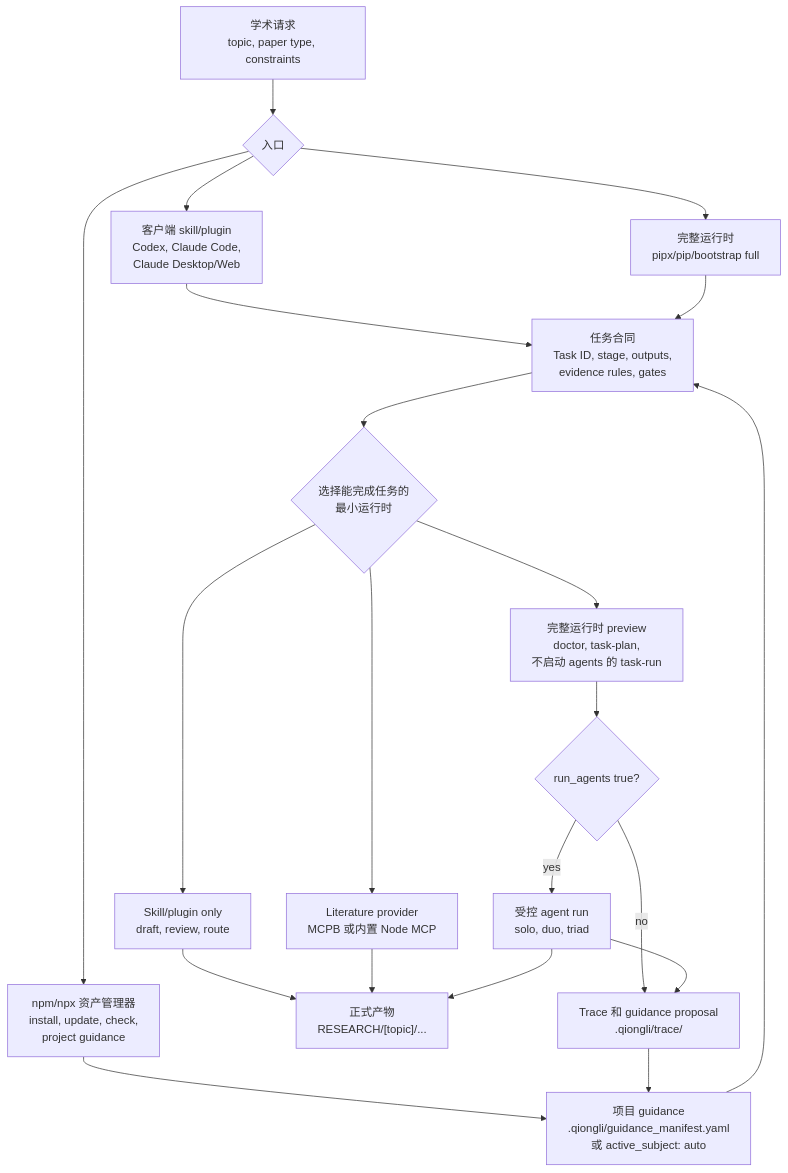
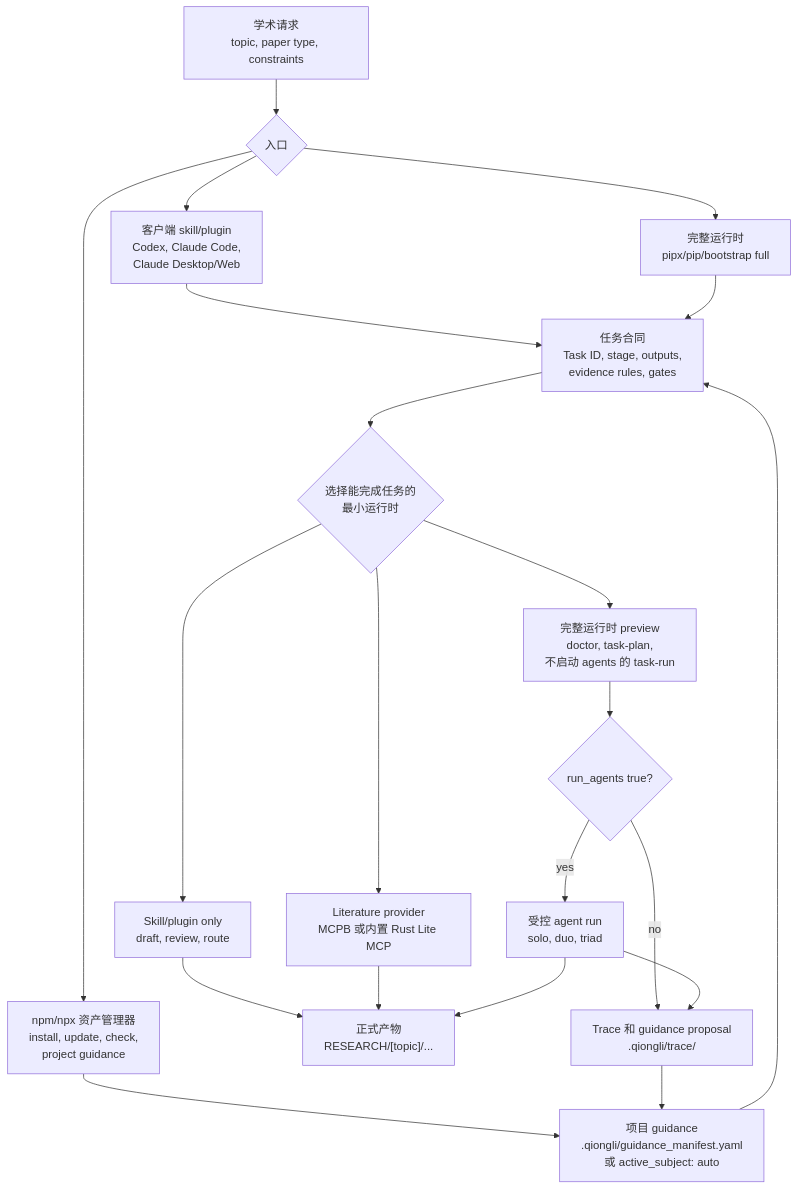
One commit to jxpeng98/qiongli changed the diagram in README_CN.md. Above: the diagram before and after it, drawn with Mermaid. The commit also changed other lines of this file and 13 other files, not shown here.

Commit message:
docs(mcp): explain rust marketplace lite runtime

````diff
--- a/README_CN.md
+++ b/README_CN.md
@@ -100,39 +100,39 @@
 ```mermaid
 flowchart TB
     Request["学术请求<br/>topic, paper type, constraints"]
     Entry{"入口"}
     Client["客户端 skill/plugin<br/>Codex, Claude Code,<br/>Claude Desktop/Web"]
     Npm["npm/npx 资产管理器<br/>install, update, check,<br/>project guidance"]
     Full["完整运行时<br/>pipx/pip/bootstrap full"]
     Project["项目 guidance<br/>.qiongli/guidance_manifest.yaml<br/>或 active_subject: auto"]
     Contract["任务合同<br/>Task ID, stage, outputs,<br/>evidence rules, gates"]
     Runtime{"选择能完成任务的<br/>最小运行时"}
     SkillOnly["Skill/plugin only<br/>draft, review, route"]
-    Provider["Literature provider<br/>MCPB 或内置 Node MCP"]
+    Provider["Literature provider<br/>MCPB 或内置 Rust Lite MCP"]
     Preview["完整运行时 preview<br/>doctor, task-plan,<br/>不启动 agents 的 task-run"]
     Execute{"run_agents true?"}
     Agents["受控 agent run<br/>solo, duo, triad"]
     Outputs["正式产物<br/>RESEARCH/[topic]/..."]
     Trace["Trace 和 guidance proposal<br/>.qiongli/trace/"]
 
     Request --> Entry
     Entry --> Client
     Entry --> Npm
     Entry --> Full
     Npm --> Project
     Client --> Contract
     Full --> Contract
     Project --> Contract
     Contract --> Runtime
     Runtime --> SkillOnly
     Runtime --> Provider
     Runtime --> Preview
     SkillOnly --> Outputs
     Provider --> Outputs
     Preview --> Execute
     Execute -->|no| Trace
     Execute -->|yes| Agents
     Agents --> Outputs
     Agents --> Trace
     Trace --> Project
 ```
````
